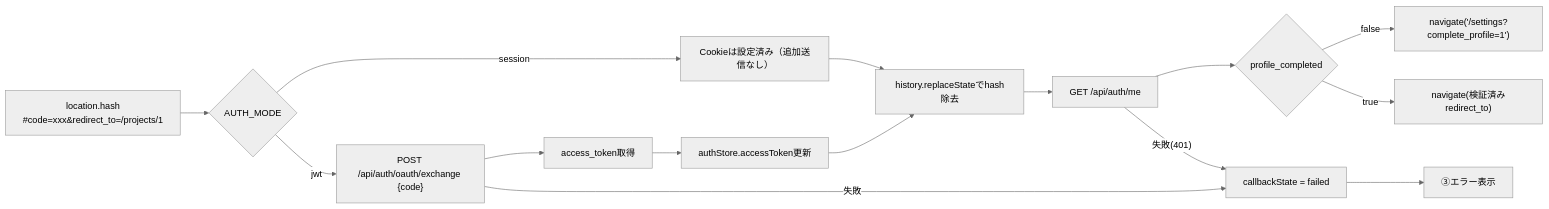
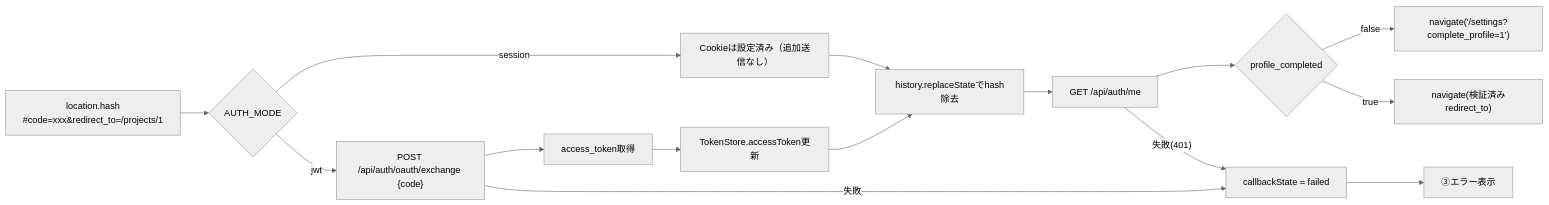
One commit to oikawa-d/task_management changed the sixth of 6 diagrams in docs/detailed_design/screen/11_oauth_callback.md. Above: the diagram before and after it, drawn with Mermaid (neutral theme). The commit also changed other lines of this file and 12 other files, not shown here.

````diff
--- a/docs/detailed_design/screen/11_oauth_callback.md
+++ b/docs/detailed_design/screen/11_oauth_callback.md
@@ -240,17 +240,17 @@
 ```mermaid
 flowchart LR
     A["location.hash<br/>#code=xxx&redirect_to=/projects/1"] --> B{"AUTH_MODE"}
     B -->|"jwt"| C["POST /api/auth/oauth/exchange {code}"]
     C --> D["access_token取得"]
-    D --> E["authStore.accessToken更新"]
+    D --> E["TokenStore.accessToken更新"]
     B -->|"session"| F["Cookieは設定済み（追加送信なし）"]
     E --> G["history.replaceStateでhash除去"]
     F --> G
     G --> H["GET /api/auth/me"]
     H --> I{"profile_completed"}
     I -->|"false"| J["navigate('/settings?complete_profile=1')"]
     I -->|"true"| K["navigate(検証済みredirect_to)"]
     C -->|"失敗"| L["callbackState = failed"]
     H -->|"失敗(401)"| L
     L --> M["③エラー表示"]
 ```
````
